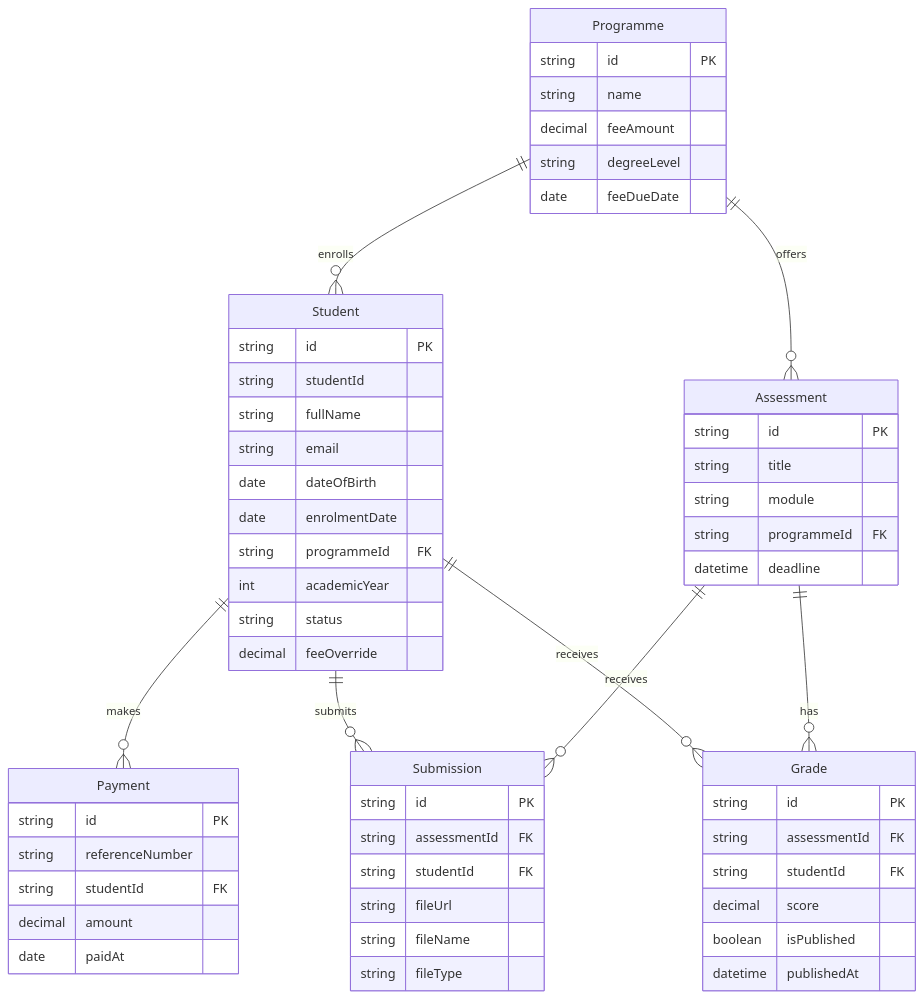
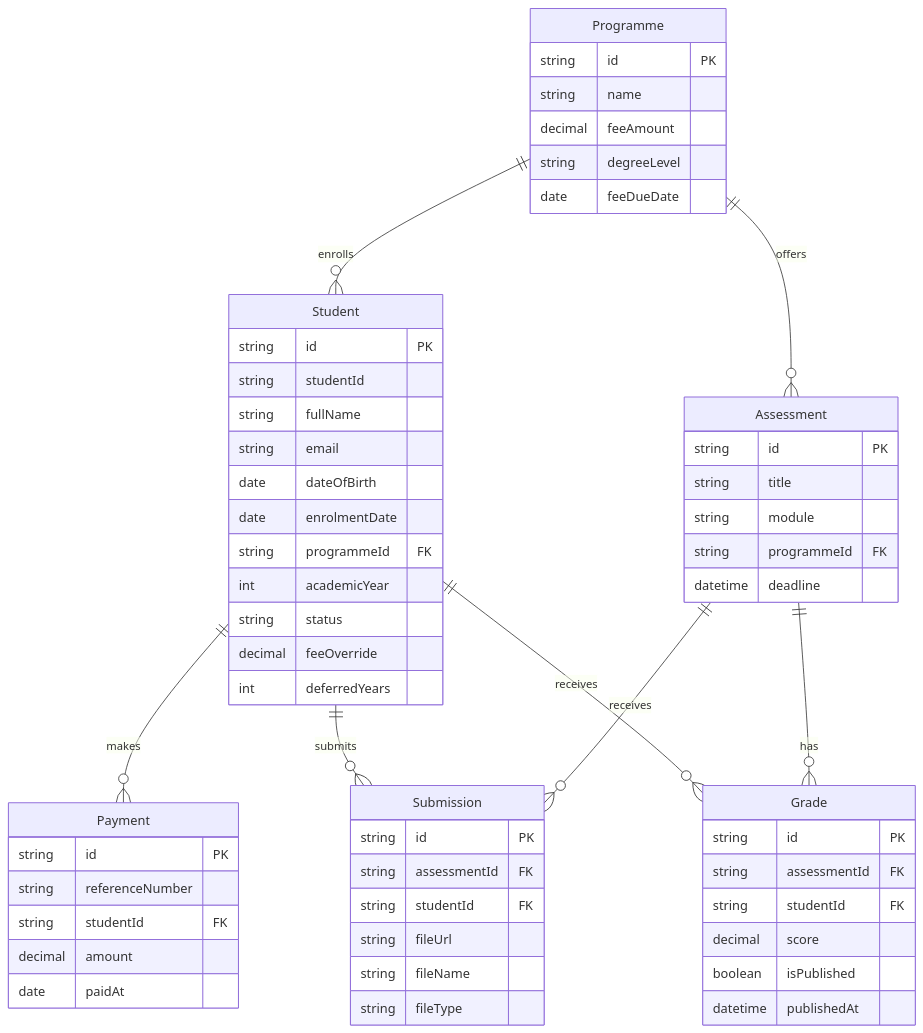
One commit to thinkGrow/sms-registry changed the diagram in README.md. Above: the diagram before and after it, drawn with Mermaid. The commit also changed other lines of this file and 9 other files, not shown here.

````diff
--- a/README.md
+++ b/README.md
@@ -19,59 +19,60 @@
 ```mermaid
 erDiagram
     Programme ||--o{ Student : enrolls
     Student ||--o{ Payment : makes
     Programme ||--o{ Assessment : offers
     Student ||--o{ Submission : submits
     Assessment ||--o{ Submission : receives
     Student ||--o{ Grade : receives
     Assessment ||--o{ Grade : has
     Programme {
         string id PK
         string name
         decimal feeAmount
         string degreeLevel
         date feeDueDate
     }
     Student {
         string id PK
         string studentId
         string fullName
         string email
         date dateOfBirth
         date enrolmentDate
         string programmeId FK
         int academicYear
         string status
         decimal feeOverride
+        int deferredYears
     }
     Payment {
         string id PK
         string referenceNumber
         string studentId FK
         decimal amount
         date paidAt
     }
     Assessment {
         string id PK
         string title
         string module
         string programmeId FK
         datetime deadline
     }
     Submission {
         string id PK
         string assessmentId FK
         string studentId FK
         string fileUrl
         string fileName
         string fileType
     }
     Grade {
         string id PK
         string assessmentId FK
         string studentId FK
         decimal score
         boolean isPublished
         datetime publishedAt
     }
 ```
````
